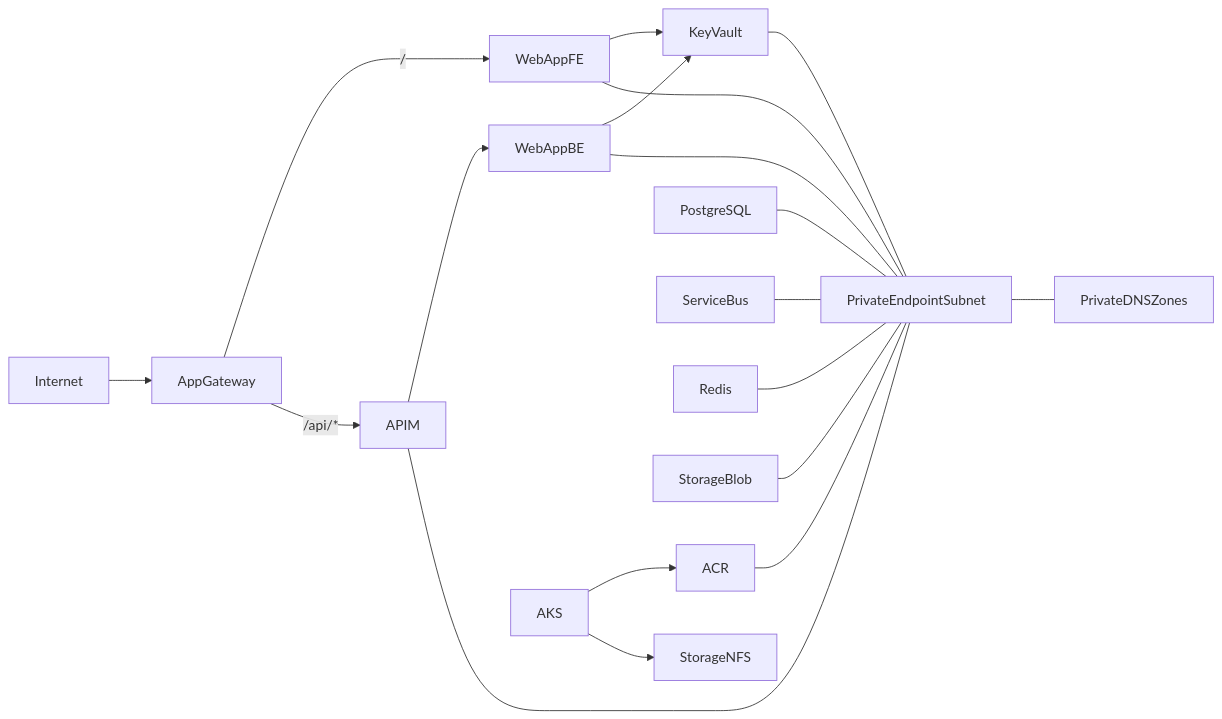
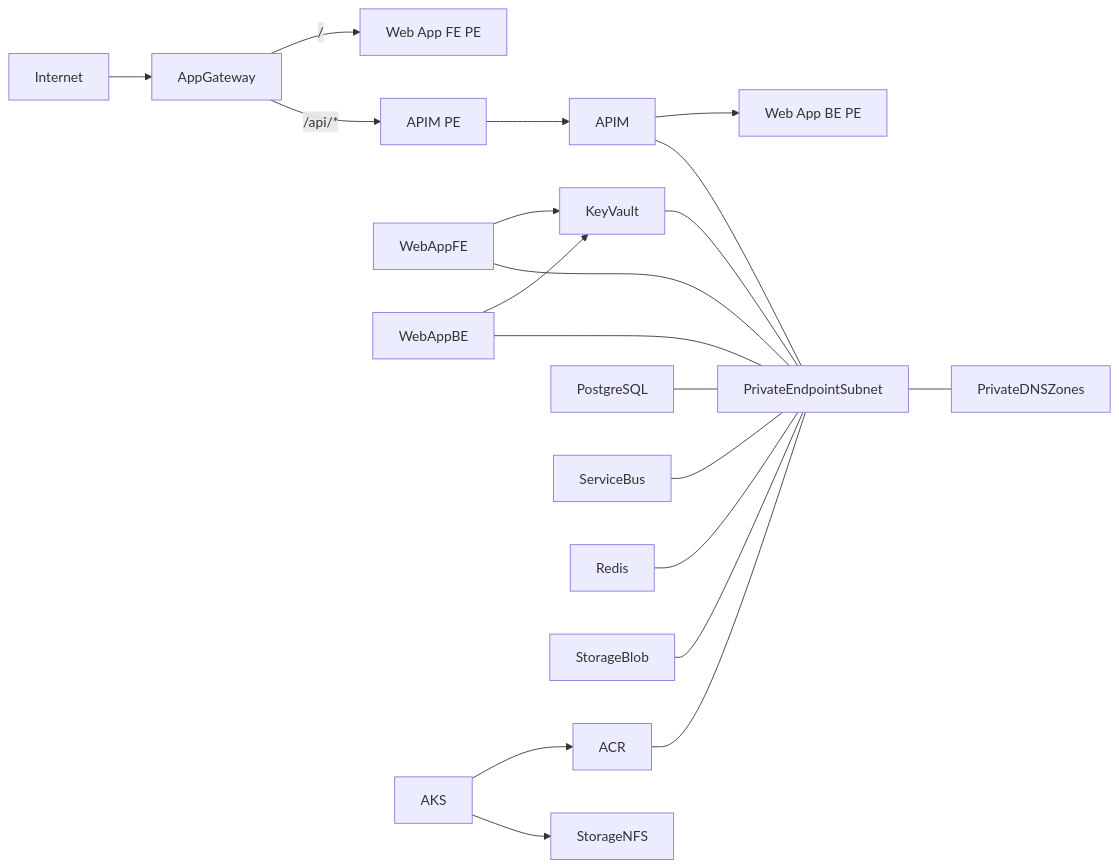
The first of 2 diagrams in landing-zones/app-aks/readme.md (scottdeland/Azure-Landing-Zone-Automation), drawn with Mermaid before and after one commit. The commit also changed 9 other files, not shown here.

````diff
--- a/landing-zones/app-aks/readme.md
+++ b/landing-zones/app-aks/readme.md
@@ -33,21 +33,22 @@
 ```mermaid
 flowchart LR
   Internet --> AppGateway
-  AppGateway -->|/| WebAppFE
-  AppGateway -->|/api/*| APIM
-  APIM --> WebAppBE
+  AppGateway -->|/| WebAppFE-PE[Web App FE PE]
+  AppGateway -->|/api/*| APIM-PE[APIM PE]
+  APIM-PE --> APIM
+  APIM --> WebAppBE-PE[Web App BE PE]
   WebAppFE --> KeyVault
   WebAppBE --> KeyVault
   AKS --> ACR
   AKS --> StorageNFS
   WebAppFE --- PrivateEndpointSubnet
   WebAppBE --- PrivateEndpointSubnet
   APIM --- PrivateEndpointSubnet
   ACR --- PrivateEndpointSubnet
   KeyVault --- PrivateEndpointSubnet
   PostgreSQL --- PrivateEndpointSubnet
   ServiceBus --- PrivateEndpointSubnet
   Redis --- PrivateEndpointSubnet
   StorageBlob --- PrivateEndpointSubnet
   PrivateEndpointSubnet --- PrivateDNSZones
 ```
````
